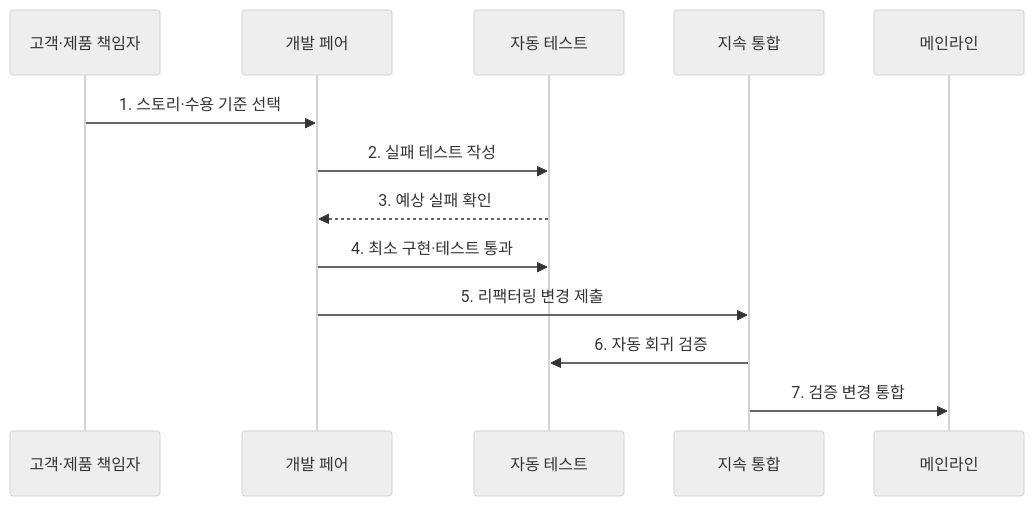
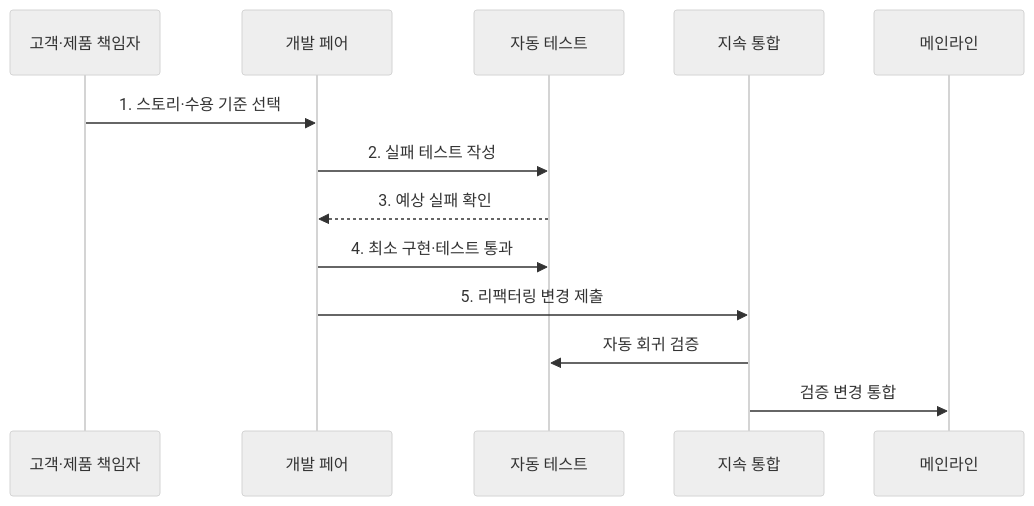
One commit to agnusdei1207/knowledge-base changed the second of 2 diagrams in src/content/docs/notes/03-software/034_extreme_programming.md. Above: the diagram before and after it, drawn with Mermaid (neutral theme). The commit also changed other lines of this file and 238 other files, not shown here.

````diff
--- a/src/content/docs/notes/03-software/034_extreme_programming.md
+++ b/src/content/docs/notes/03-software/034_extreme_programming.md
@@ -83,16 +85,16 @@
 ```mermaid
 sequenceDiagram
     participant C as 고객·제품 책임자
     participant P as 개발 페어
     participant T as 자동 테스트
     participant I as 지속 통합
     participant M as 메인라인
 
     C->>P: 1. 스토리·수용 기준 선택
     P->>T: 2. 실패 테스트 작성
     T-->>P: 3. 예상 실패 확인
     P->>T: 4. 최소 구현·테스트 통과
     P->>I: 5. 리팩터링 변경 제출
-    I->>T: 6. 자동 회귀 검증
-    I->>M: 7. 검증 변경 통합
+    I->>T: 자동 회귀 검증
+    I->>M: 검증 변경 통합
 ```
````
